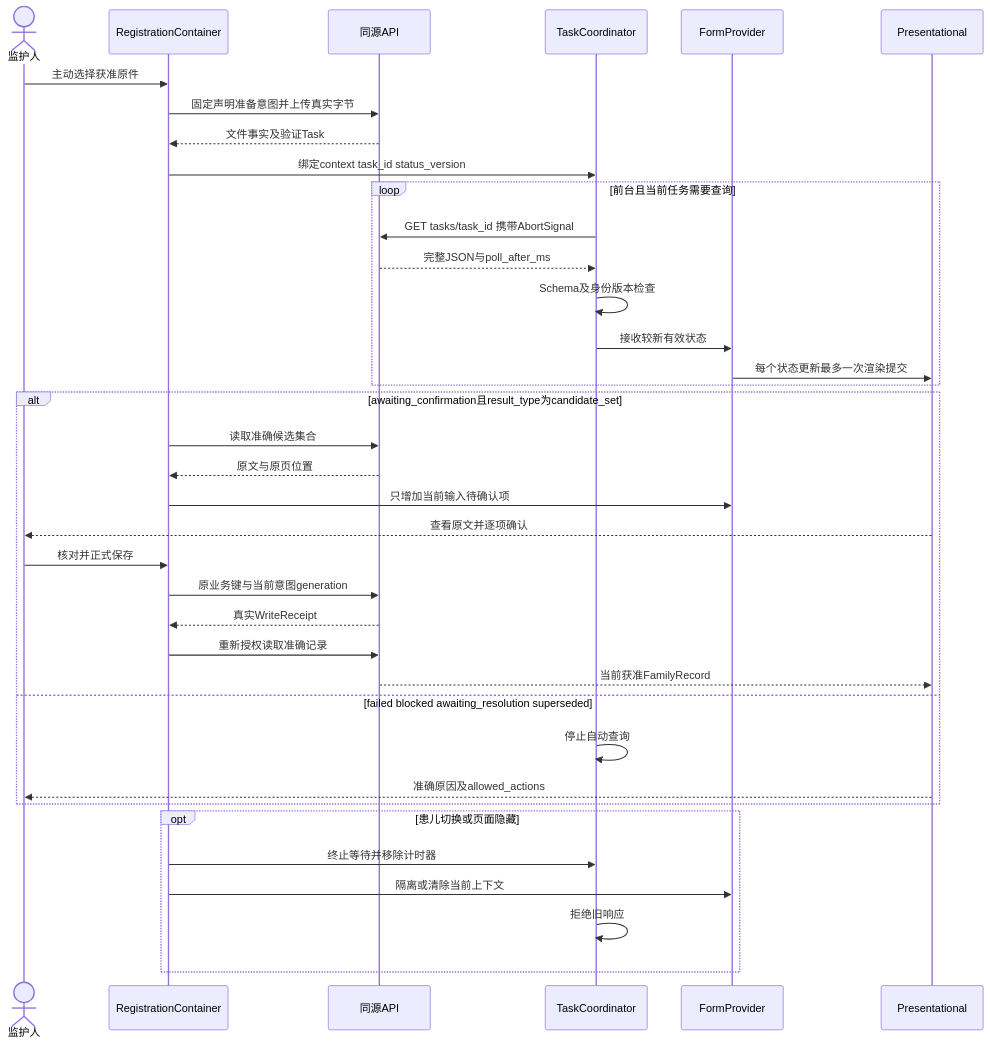
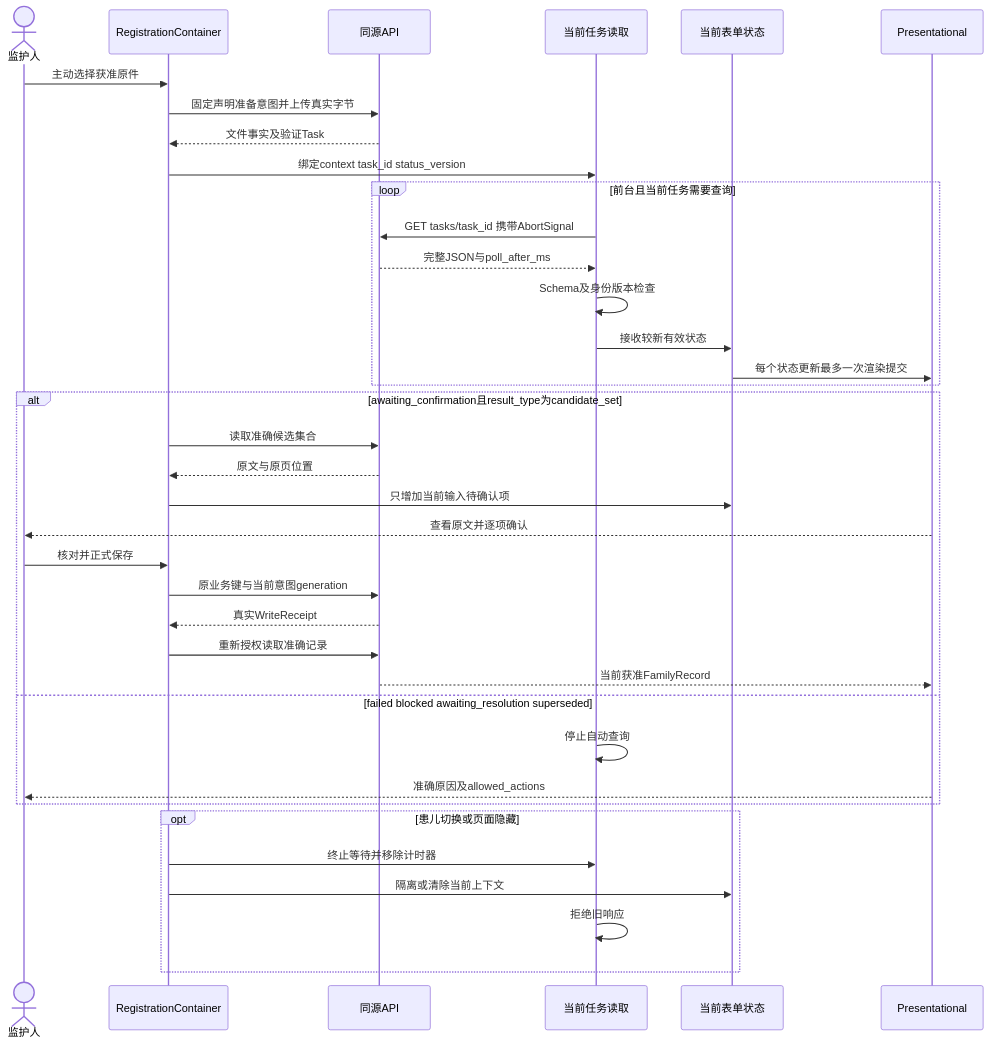
Before and after one commit to LIUgongxi2046/sjia: the third of 3 diagrams in sJIA合并MAS预警平台前端LLD.md, drawn with Mermaid. The commit also changed other lines of this file and 9 other files, not shown here.

````diff
--- a/sJIA合并MAS预警平台前端LLD.md
+++ b/sJIA合并MAS预警平台前端LLD.md
@@ -367,39 +359,39 @@
 ```mermaid
 sequenceDiagram
     actor G as 监护人
     participant C as RegistrationContainer
     participant A as 同源API
-    participant T as TaskCoordinator
-    participant S as FormProvider
+    participant T as 当前任务读取
+    participant S as 当前表单状态
     participant R as Presentational
     G->>C: 主动选择获准原件
     C->>A: 固定声明准备意图并上传真实字节
     A-->>C: 文件事实及验证Task
     C->>T: 绑定context task_id status_version
     loop 前台且当前任务需要查询
         T->>A: GET tasks/task_id 携带AbortSignal
         A-->>T: 完整JSON与poll_after_ms
         T->>T: Schema及身份版本检查
         T->>S: 接收较新有效状态
         S->>R: 每个状态更新最多一次渲染提交
     end
     alt awaiting_confirmation且result_type为candidate_set
         C->>A: 读取准确候选集合
         A-->>C: 原文与原页位置
         C->>S: 只增加当前输入待确认项
         R-->>G: 查看原文并逐项确认
         G->>C: 核对并正式保存
         C->>A: 原业务键与当前意图generation
         A-->>C: 真实WriteReceipt
         C->>A: 重新授权读取准确记录
         A-->>R: 当前获准FamilyRecord
     else failed blocked awaiting_resolution superseded
         T->>T: 停止自动查询
         R-->>G: 准确原因及allowed_actions
     end
     opt 患儿切换或页面隐藏
         C->>T: 终止等待并移除计时器
         C->>S: 隔离或清除当前上下文
         T->>T: 拒绝旧响应
     end
 ```
````
